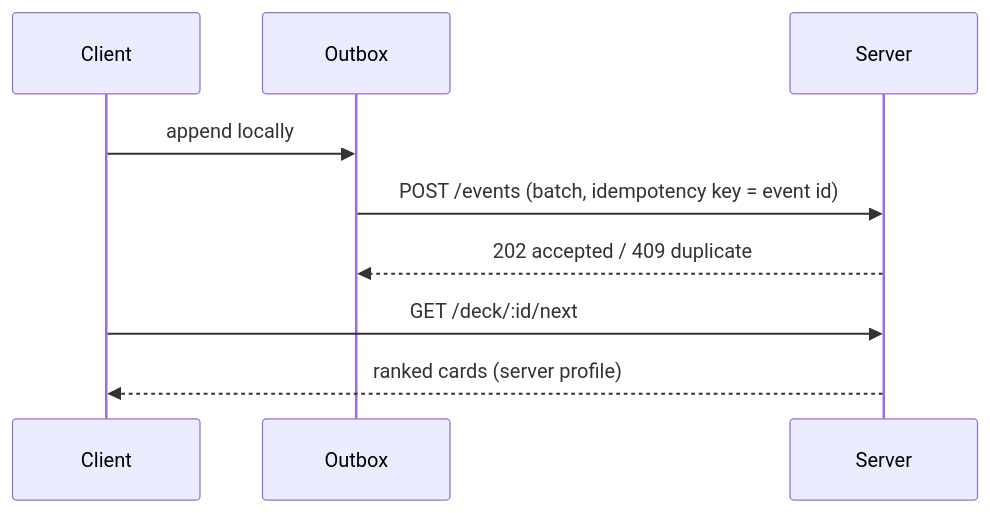
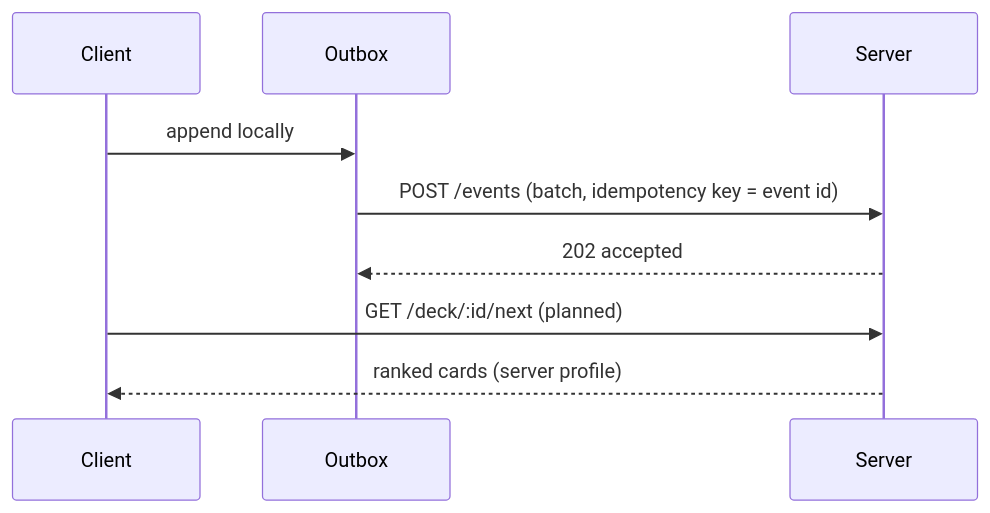
The diagram in docs/guides/self-host-the-server.md (Dorabighead/Swipeline), drawn with Mermaid before and after one commit. The commit also changed other lines of this file and 19 other files, not shown here.

````diff
--- a/docs/guides/self-host-the-server.md
+++ b/docs/guides/self-host-the-server.md
@@ -62,12 +71,12 @@
 ```mermaid
 sequenceDiagram
   participant Client
   participant Outbox
   participant Server
 
   Client->>Outbox: append locally
   Outbox->>Server: POST /events (batch, idempotency key = event id)
-  Server-->>Outbox: 202 accepted / 409 duplicate
-  Client->>Server: GET /deck/:id/next
+  Server-->>Outbox: 202 accepted
+  Client->>Server: GET /deck/:id/next (planned)
   Server-->>Client: ranked cards (server profile)
 ```
````
